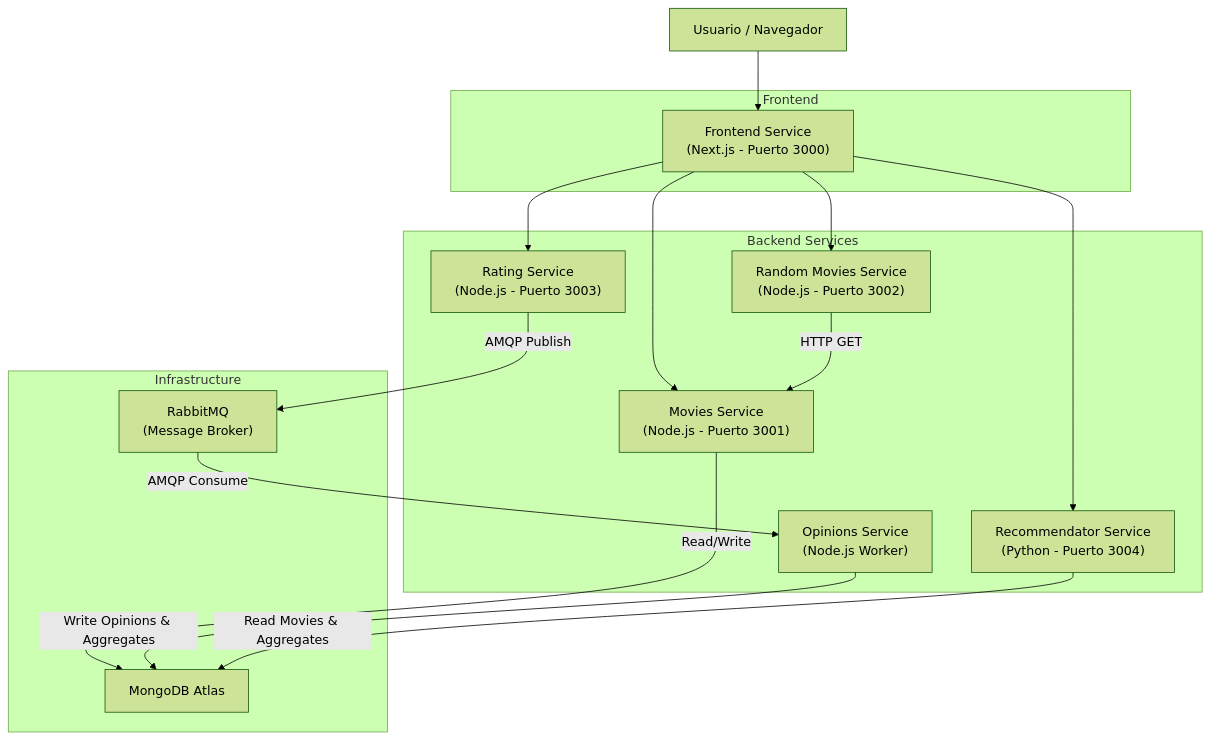
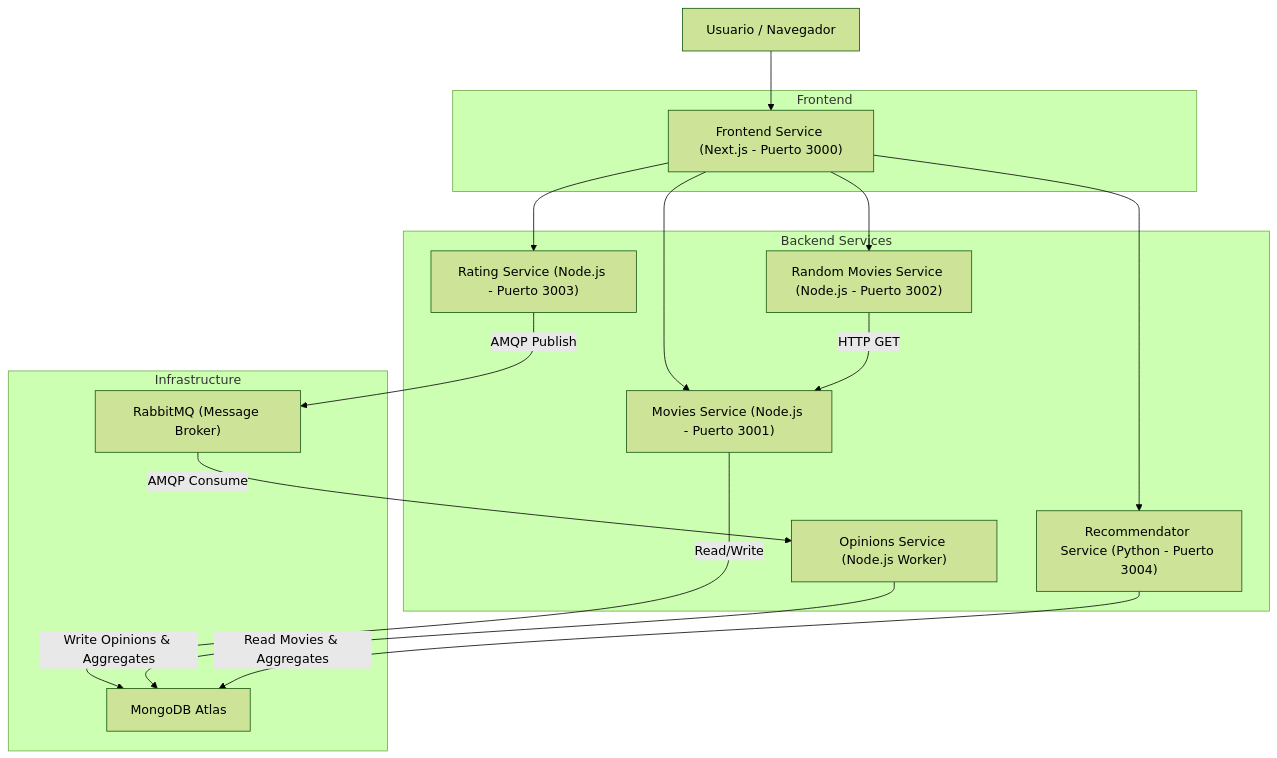
Before and after one commit to Mateo-Denis/proyecto-topicos-2025: the diagram in README.md, drawn with Mermaid (forest theme).

Commit message:
Fix formatting in README.md service descriptions

````diff
--- a/README.md
+++ b/README.md
@@ -17,38 +17,38 @@
 ```mermaid
 graph TD
     User["Usuario / Navegador"]
     
     subgraph Frontend
-        NextJS["Frontend Service\n(Next.js - Puerto 3000)"]
+        NextJS["Frontend Service (Next.js - Puerto 3000)"]
     end
     
     subgraph Backend Services
-        Movies["Movies Service\n(Node.js - Puerto 3001)"]
-        Random["Random Movies Service\n(Node.js - Puerto 3002)"]
-        Rating["Rating Service\n(Node.js - Puerto 3003)"]
-        Recommender["Recommendator Service\n(Python - Puerto 3004)"]
-        Opinions["Opinions Service\n(Node.js Worker)"]
+        Movies["Movies Service (Node.js - Puerto 3001)"]
+        Random["Random Movies Service (Node.js - Puerto 3002)"]
+        Rating["Rating Service (Node.js - Puerto 3003)"]
+        Recommender["Recommendator Service (Python - Puerto 3004)"]
+        Opinions["Opinions Service (Node.js Worker)"]
     end
     
     subgraph Infrastructure
         Mongo["MongoDB Atlas"]
-        Rabbit["RabbitMQ\n(Message Broker)"]
+        Rabbit["RabbitMQ (Message Broker)"]
     end
 
     %% Frontend interactions
     User --> NextJS
     NextJS --> Movies
     NextJS --> Random
     NextJS --> Rating
     NextJS --> Recommender
 
     %% Service interactions
     Random -->|HTTP GET| Movies
     Rating -->|AMQP Publish| Rabbit
     Rabbit -->|AMQP Consume| Opinions
     
     %% Database interactions
     Movies -->|Read/Write| Mongo
     Opinions -->|Write Opinions & Aggregates| Mongo
     Recommender -->|Read Movies & Aggregates| Mongo
 ```
````
